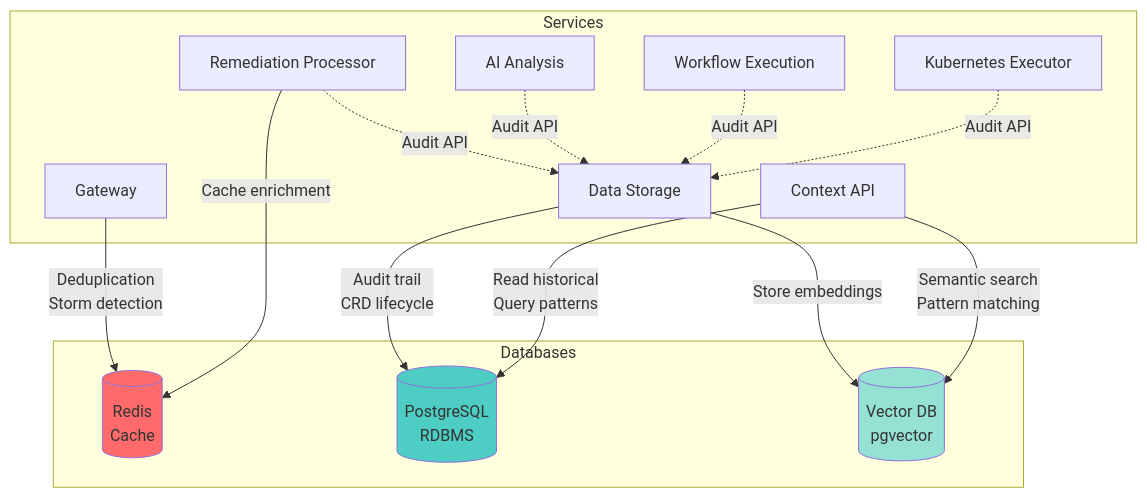
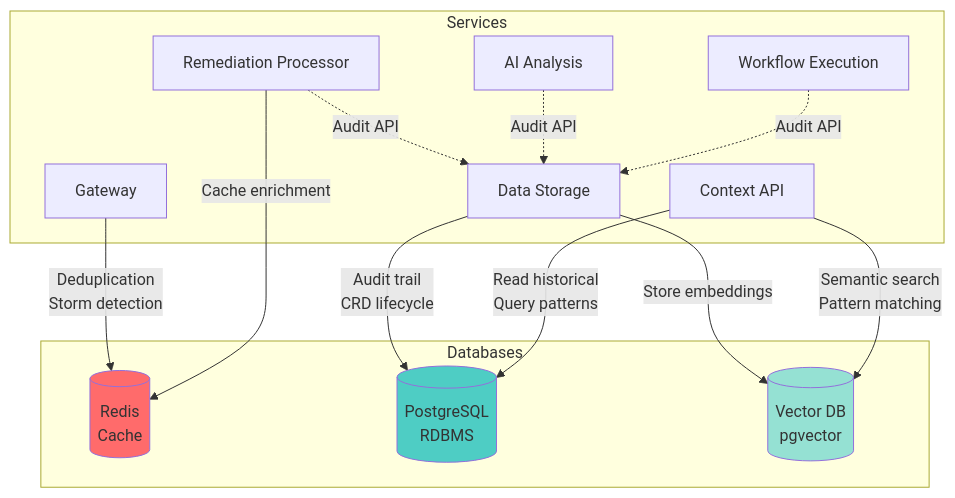
Before and after one commit to jordigilh/kubernaut: the seventh of 8 diagrams in docs/architecture/SERVICE_DEPENDENCY_MAP.md, drawn with Mermaid. The commit also changed other lines of this file and 63 other files, not shown here.

````diff
--- a/docs/architecture/SERVICE_DEPENDENCY_MAP.md
+++ b/docs/architecture/SERVICE_DEPENDENCY_MAP.md
@@ -545,40 +527,38 @@
 ```mermaid
 graph TB
     subgraph "Services"
         GW[Gateway]
         DS[Data Storage]
         CA[Context API]
         RP[Remediation Processor]
         AI[AI Analysis]
         WE[Workflow Execution]
-        KE[Kubernetes Executor]
     end
 
     subgraph "Databases"
         Redis[(Redis<br/>Cache)]
         PostgreSQL[(PostgreSQL<br/>RDBMS)]
         VectorDB[(Vector DB<br/>pgvector)]
     end
 
     %% Redis usage
     GW -->|Deduplication<br/>Storm detection| Redis
     RP -->|Cache enrichment| Redis
 
     %% PostgreSQL usage (via Data Storage)
     DS -->|Audit trail<br/>CRD lifecycle| PostgreSQL
     CA -->|Read historical<br/>Query patterns| PostgreSQL
 
     %% Vector DB usage (via Data Storage)
     DS -->|Store embeddings| VectorDB
     CA -->|Semantic search<br/>Pattern matching| VectorDB
 
     %% Audit writes (to Data Storage)
     RP -.->|Audit API| DS
     AI -.->|Audit API| DS
     WE -.->|Audit API| DS
-    KE -.->|Audit API| DS
 
     style Redis fill:#FF6B6B
     style PostgreSQL fill:#4ECDC4
     style VectorDB fill:#95E1D3
 ```
````
